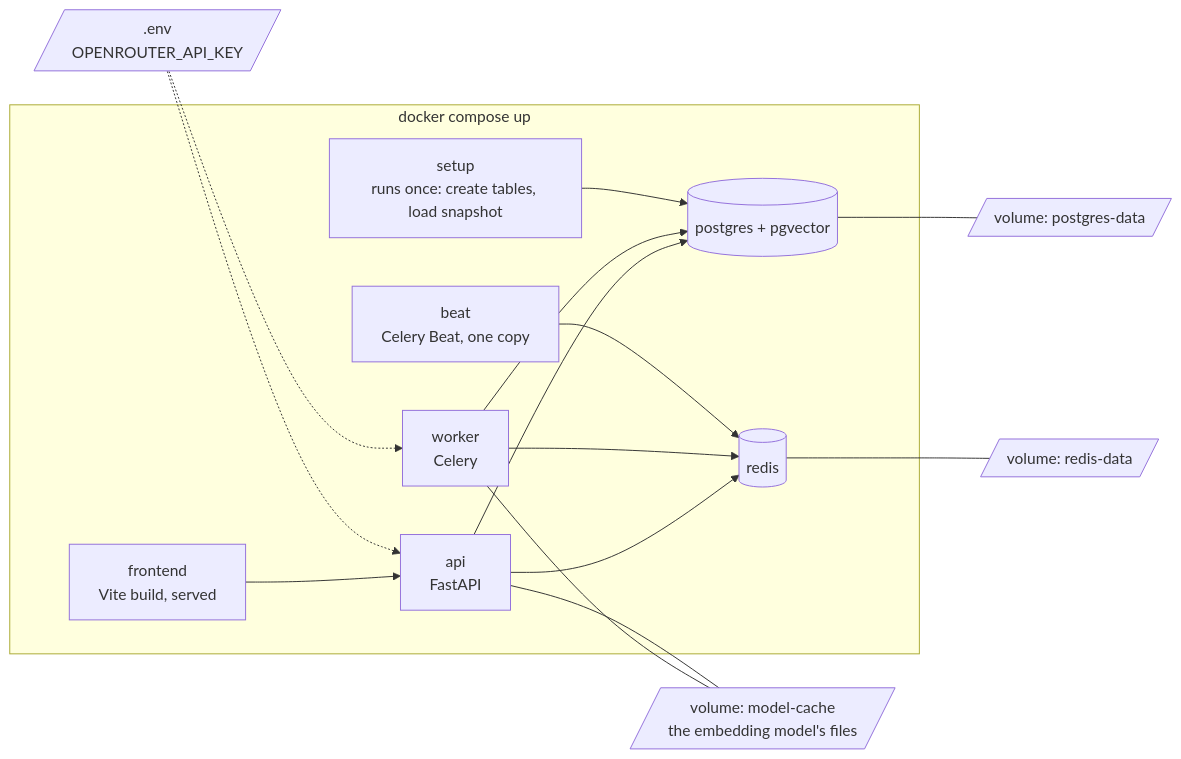
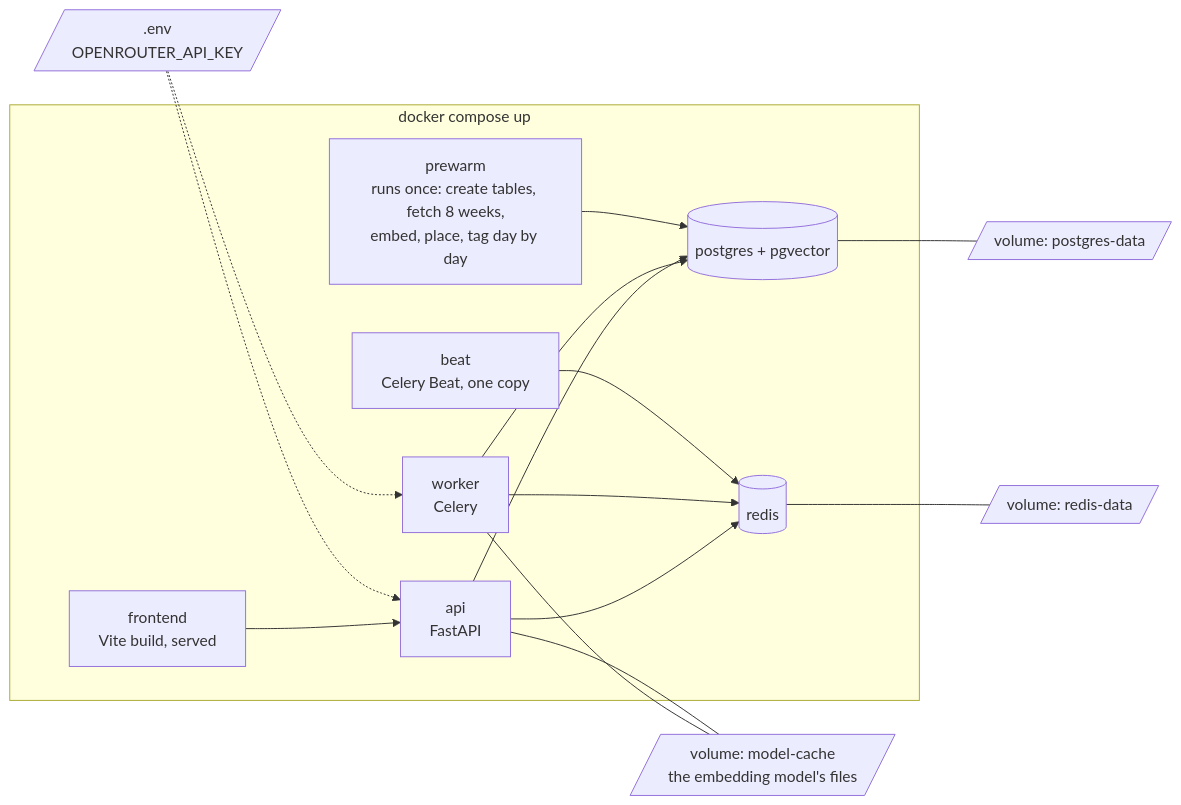
One commit to brianaderer/transcendent changed the diagram in docs/atlas/04-environment.md. Above: the diagram before and after it, drawn with Mermaid. The commit also changed other lines of this file and 1 other file, not shown here.

Commit message:
Atlas: 04 first start prewarms from live data, no snapshot for now (OPEN-13)

````diff
--- a/docs/atlas/04-environment.md
+++ b/docs/atlas/04-environment.md
@@ -10,30 +10,30 @@
 ```mermaid
 flowchart LR
     subgraph COMPOSE["docker compose up"]
         FE["frontend<br/>Vite build, served"]
         API["api<br/>FastAPI"]
         WORK["worker<br/>Celery"]
         BEAT["beat<br/>Celery Beat, one copy"]
-        SETUP["setup<br/>runs once: create tables, load snapshot"]
+        SETUP["prewarm<br/>runs once: create tables, fetch 8 weeks,<br/>embed, place, tag day by day"]
         PG[("postgres + pgvector")]
         RD[("redis")]
     end
     VPG[/"volume: postgres-data"/]
     VRD[/"volume: redis-data"/]
     VMOD[/"volume: model-cache<br/>the embedding model's files"/]
     ENV[/".env<br/>OPENROUTER_API_KEY"/]
 
     FE --> API
     API --> PG
     API --> RD
     WORK --> PG
     WORK --> RD
     BEAT --> RD
     SETUP --> PG
     PG --- VPG
     RD --- VRD
     WORK --- VMOD
     API --- VMOD
     ENV -.-> API
     ENV -.-> WORK
 ```
````
